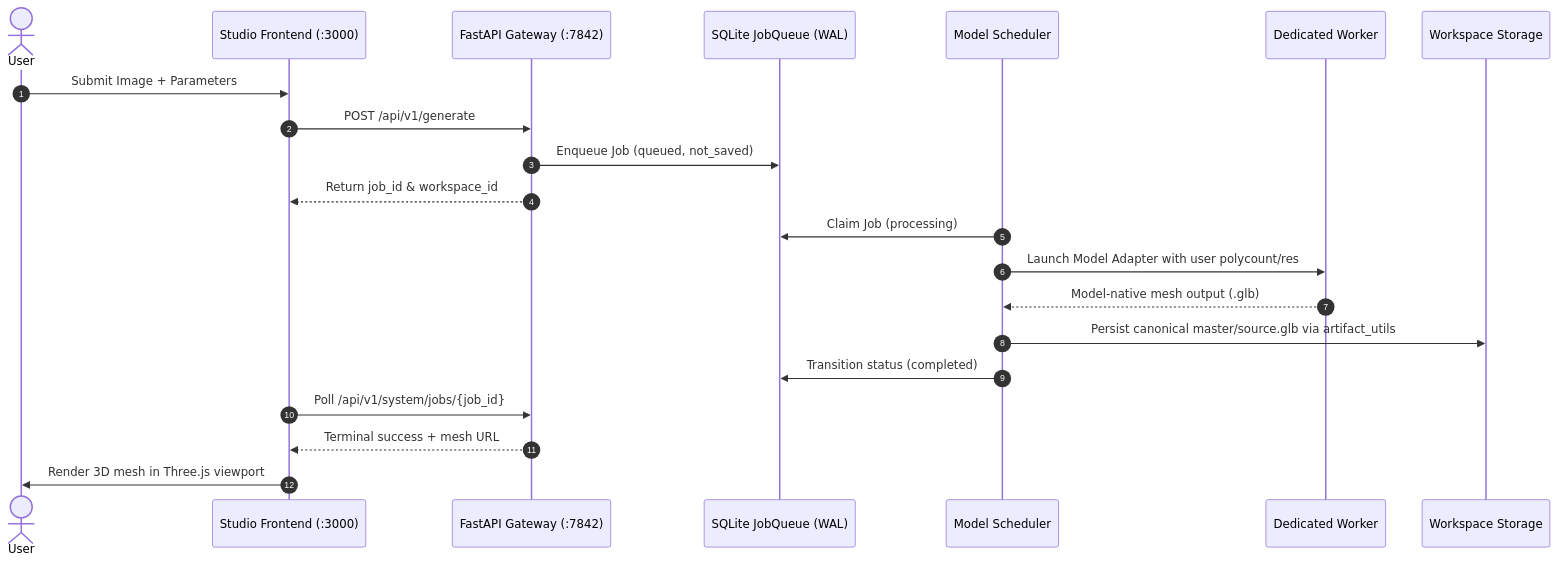
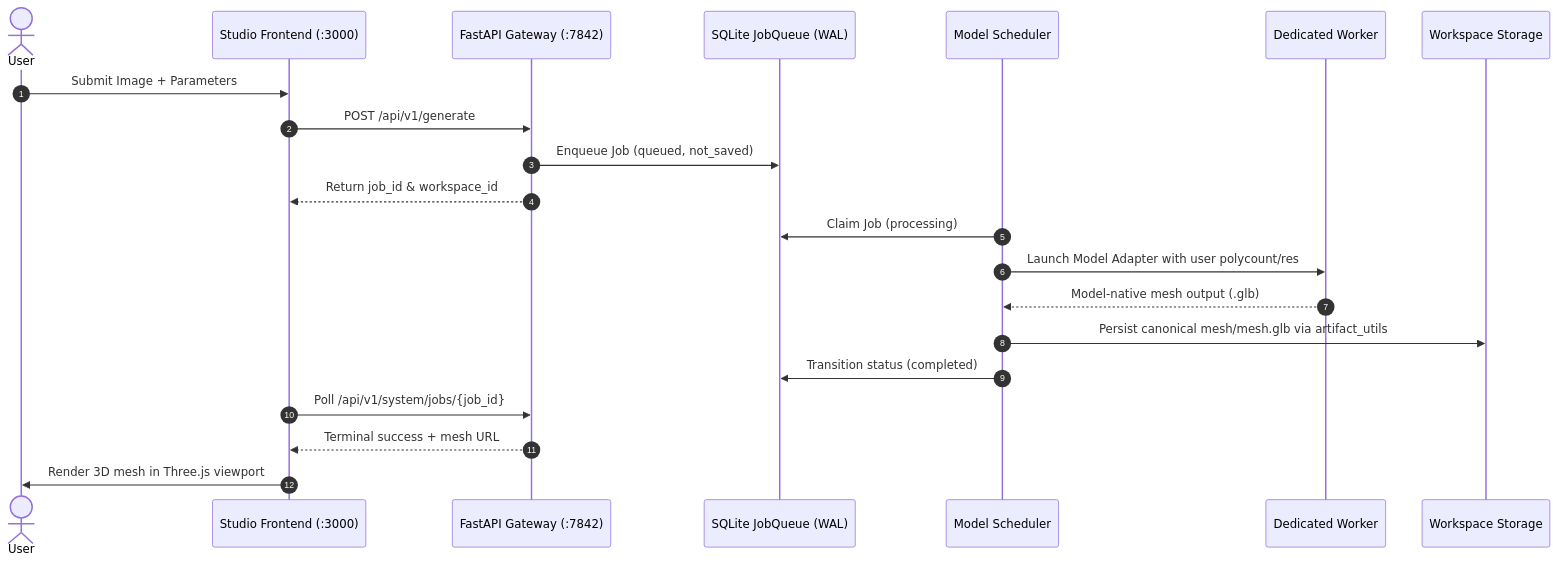
Before and after one commit to Silentzx2/ForMesh3D: the second of 2 diagrams in Docs/SYSTEM-BLUEPRINT.md, drawn with Mermaid. The commit also changed other lines of this file and 20 other files, not shown here.

````diff
--- a/Docs/SYSTEM-BLUEPRINT.md
+++ b/Docs/SYSTEM-BLUEPRINT.md
@@ -75,24 +75,24 @@
 ```mermaid
 sequenceDiagram
     autonumber
     actor User
     participant Frontend as Studio Frontend (:3000)
     participant API as FastAPI Gateway (:7842)
     participant Queue as SQLite JobQueue (WAL)
     participant Scheduler as Model Scheduler
     participant Worker as Dedicated Worker
     participant Storage as Workspace Storage
 
     User->>Frontend: Submit Image + Parameters
     Frontend->>API: POST /api/v1/generate
     API->>Queue: Enqueue Job (queued, not_saved)
     API-->>Frontend: Return job_id & workspace_id
     Scheduler->>Queue: Claim Job (processing)
     Scheduler->>Worker: Launch Model Adapter with user polycount/res
     Worker-->>Scheduler: Model-native mesh output (.glb)
-    Scheduler->>Storage: Persist canonical master/source.glb via artifact_utils
+    Scheduler->>Storage: Persist canonical mesh/mesh.glb via artifact_utils
     Scheduler->>Queue: Transition status (completed)
     Frontend->>API: Poll /api/v1/system/jobs/{job_id}
     API-->>Frontend: Terminal success + mesh URL
     Frontend->>User: Render 3D mesh in Three.js viewport
 ```
````
